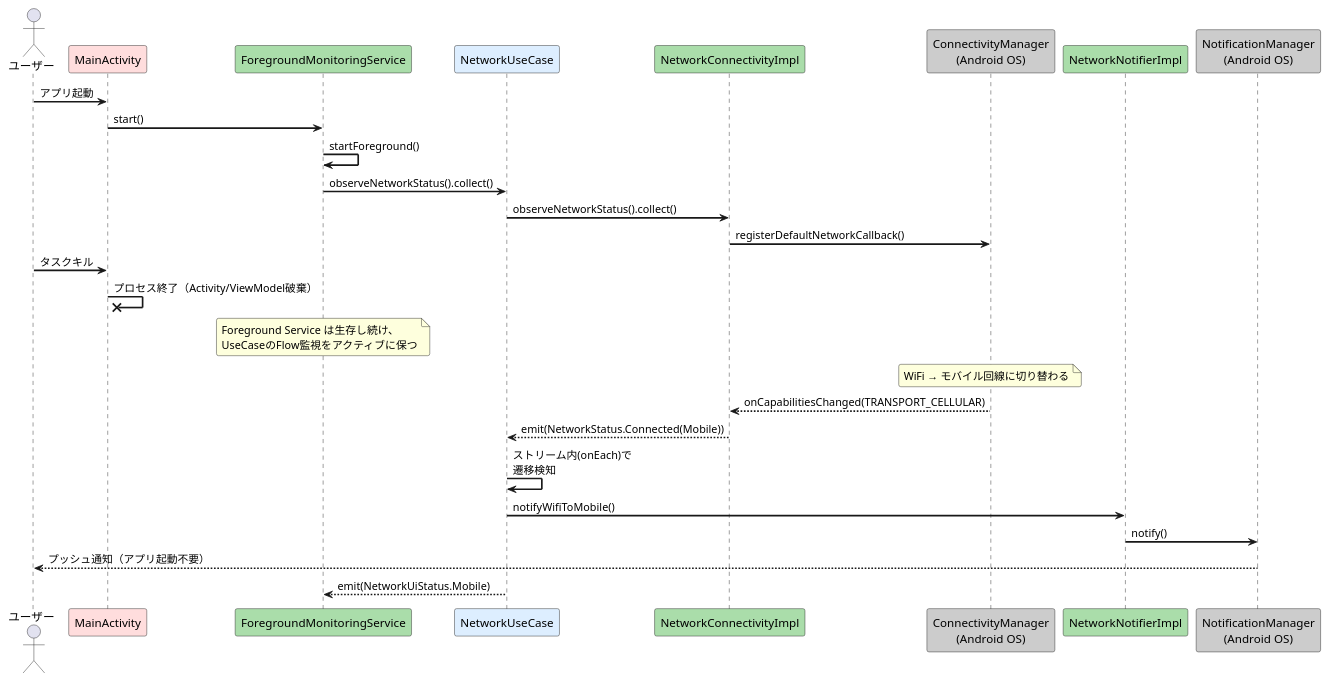
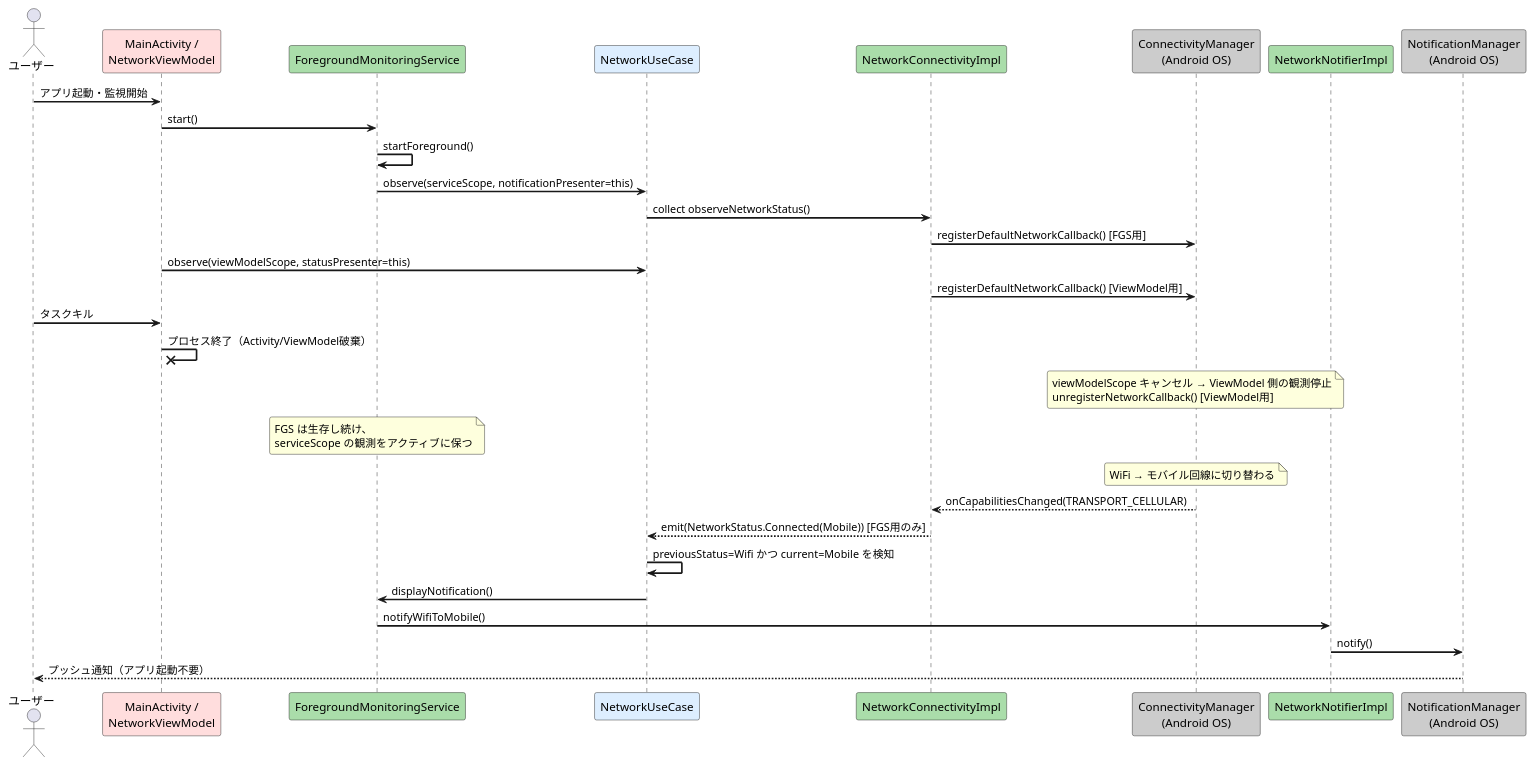
The second of 3 diagrams in docs/notification-sequence.md (kyo1941/wifi-observer), drawn with PlantUML before and after one commit. The commit also changed other lines of this file and 2 other files, not shown here.

````diff
--- a/docs/notification-sequence.md
+++ b/docs/notification-sequence.md
@@ -48,37 +63,41 @@
 ```plantuml
 @startuml
 skinparam sequenceArrowThickness 2
 skinparam roundcorner 5
 
 actor ユーザー
-participant "MainActivity" as Activity #FFDDDD
+participant "MainActivity /\nNetworkViewModel" as ViewModel #FFDDDD
 participant "ForegroundMonitoringService" as Service #AADDAA
 participant "NetworkUseCase" as UseCase #DDEEFF
 participant "NetworkConnectivityImpl" as Connectivity #AADDAA
 participant "ConnectivityManager\n(Android OS)" as OS #CCCCCC
 participant "NetworkNotifierImpl" as Notifier #AADDAA
 participant "NotificationManager\n(Android OS)" as NotifOS #CCCCCC
 
-ユーザー -> Activity: アプリ起動
-Activity -> Service: start()
+ユーザー -> ViewModel: アプリ起動・監視開始
+ViewModel -> Service: start()
 Service -> Service: startForeground()
-Service -> UseCase: observeNetworkStatus().collect()
-UseCase -> Connectivity: observeNetworkStatus().collect()
-Connectivity -> OS: registerDefaultNetworkCallback()
+Service -> UseCase: observe(serviceScope, notificationPresenter=this)
+UseCase -> Connectivity: collect observeNetworkStatus()
+Connectivity -> OS: registerDefaultNetworkCallback() [FGS用]
 
-ユーザー -> Activity: タスクキル
-Activity ->x Activity: プロセス終了（Activity/ViewModel破棄）
-note over Service: Foreground Service は生存し続け、\nUseCaseのFlow監視をアクティブに保つ
+ViewModel -> UseCase: observe(viewModelScope, statusPresenter=this)
+Connectivity -> OS: registerDefaultNetworkCallback() [ViewModel用]
+
+ユーザー -> ViewModel: タスクキル
+ViewModel ->x ViewModel: プロセス終了（Activity/ViewModel破棄）
+note over OS: viewModelScope キャンセル → ViewModel 側の観測停止\nunregisterNetworkCallback() [ViewModel用]
+note over Service: FGS は生存し続け、\nserviceScope の観測をアクティブに保つ
 
 note over OS: WiFi → モバイル回線に切り替わる
 
 OS --> Connectivity: onCapabilitiesChanged(TRANSPORT_CELLULAR)
-Connectivity --> UseCase: emit(NetworkStatus.Connected(Mobile))
+Connectivity --> UseCase: emit(NetworkStatus.Connected(Mobile)) [FGS用のみ]
 
-UseCase -> UseCase: ストリーム内(onEach)で\n遷移検知
-UseCase -> Notifier: notifyWifiToMobile()
+UseCase -> UseCase: previousStatus=Wifi かつ current=Mobile を検知
+UseCase -> Service: displayNotification()
+Service -> Notifier: notifyWifiToMobile()
 Notifier -> NotifOS: notify()
 NotifOS --> ユーザー: プッシュ通知（アプリ起動不要）
-UseCase --> Service: emit(NetworkUiStatus.Mobile)
 @enduml
 ```
````
